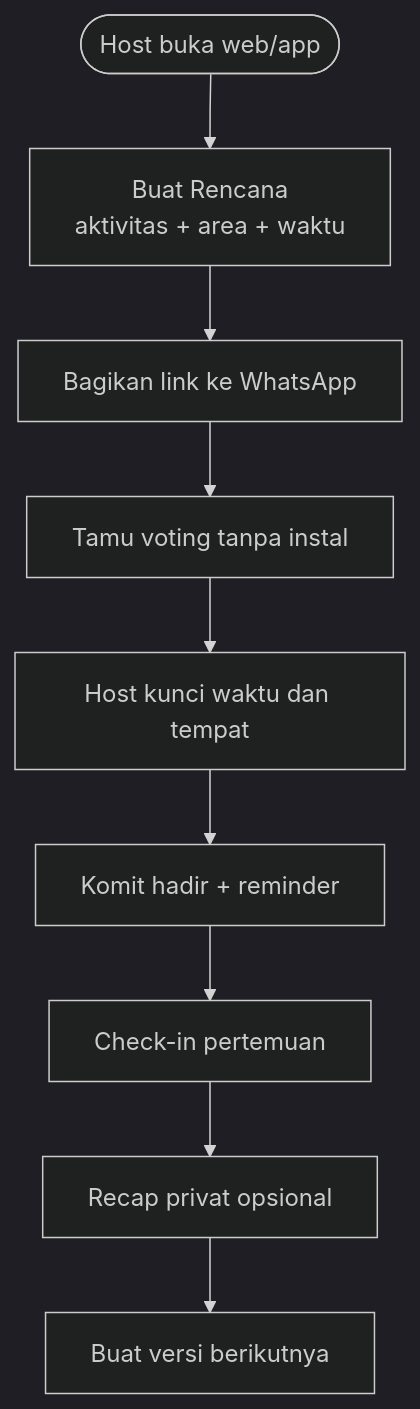
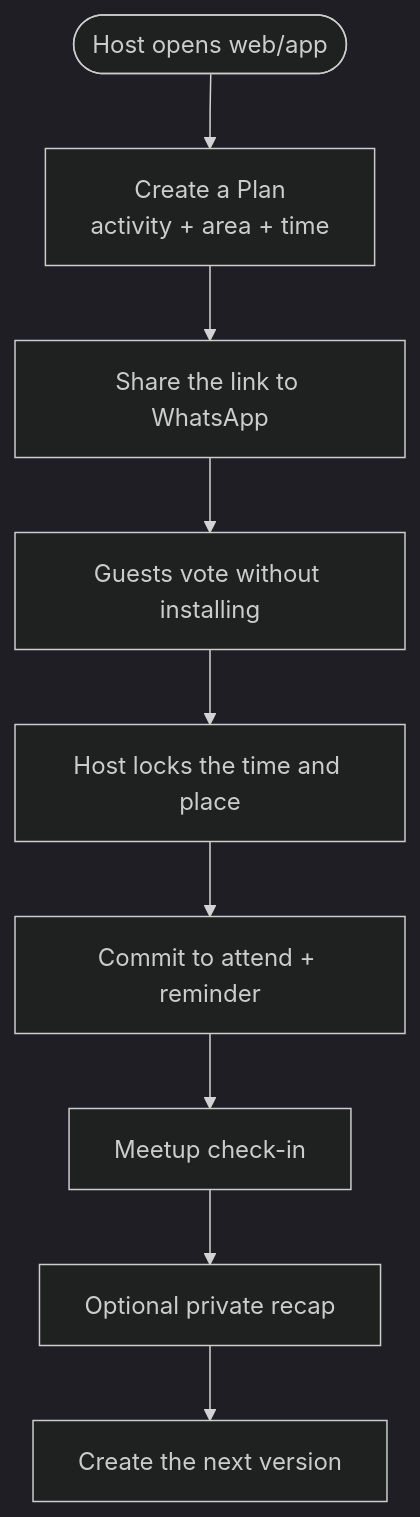
The diagram in concept/01-fitur-mvp.md (itsmhp/SocialMedia), drawn with Mermaid (dark theme) before and after one commit. The commit also changed other lines of this file and 23 other files, not shown here.

````diff
--- a/concept/01-fitur-mvp.md
+++ b/concept/01-fitur-mvp.md
@@ -40,11 +40,11 @@
 ```mermaid
 flowchart TD
-    Start([Host buka web/app]) --> Plan[Buat Rencana<br/>aktivitas + area + waktu]
-    Plan --> Share[Bagikan link ke WhatsApp]
-    Share --> Vote[Tamu voting tanpa instal]
-    Vote --> Lock[Host kunci waktu dan tempat]
-    Lock --> RSVP[Komit hadir + reminder]
-    RSVP --> Checkin[Check-in pertemuan]
-    Checkin --> Recap[Recap privat opsional]
-    Recap --> Repeat[Buat versi berikutnya]
+    Start([Host opens web/app]) --> Plan[Create a Plan<br/>activity + area + time]
+    Plan --> Share[Share the link to WhatsApp]
+    Share --> Vote[Guests vote without installing]
+    Vote --> Lock[Host locks the time and place]
+    Lock --> RSVP[Commit to attend + reminder]
+    RSVP --> Checkin[Meetup check-in]
+    Checkin --> Recap[Optional private recap]
+    Recap --> Repeat[Create the next version]
 ```
````
